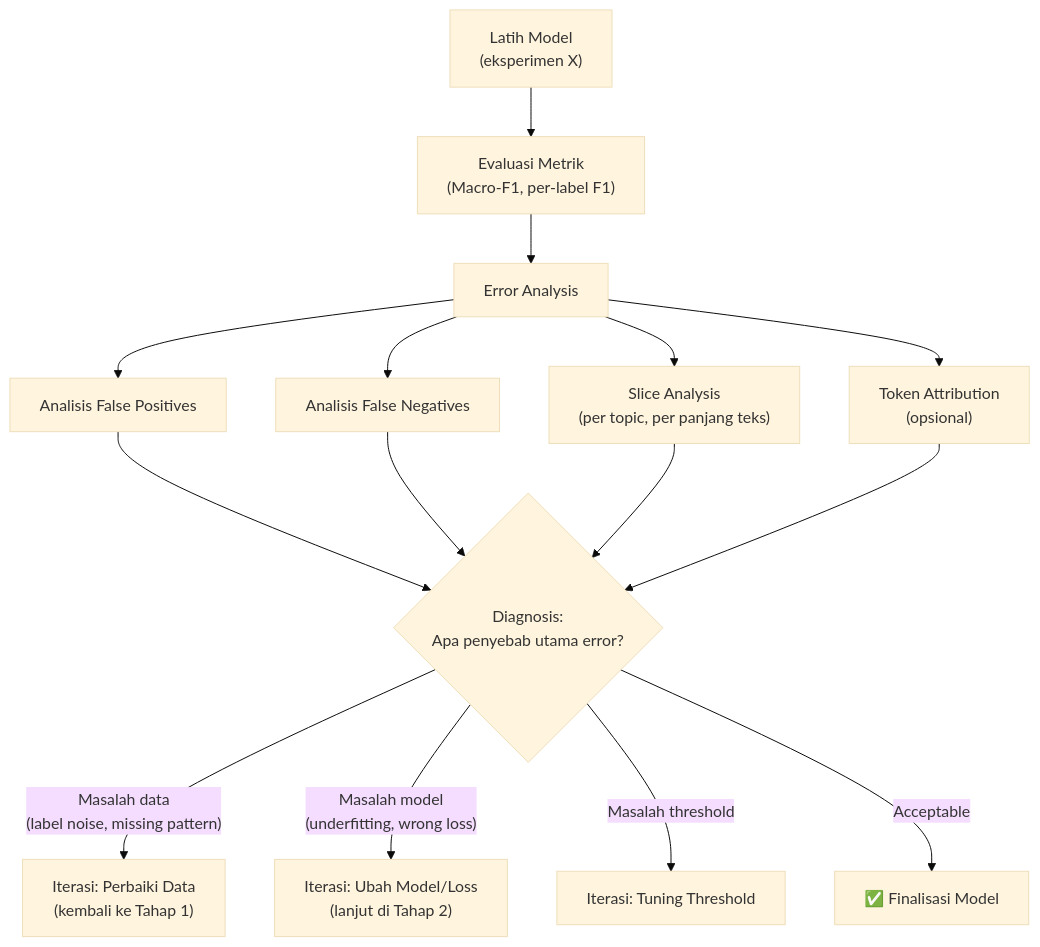
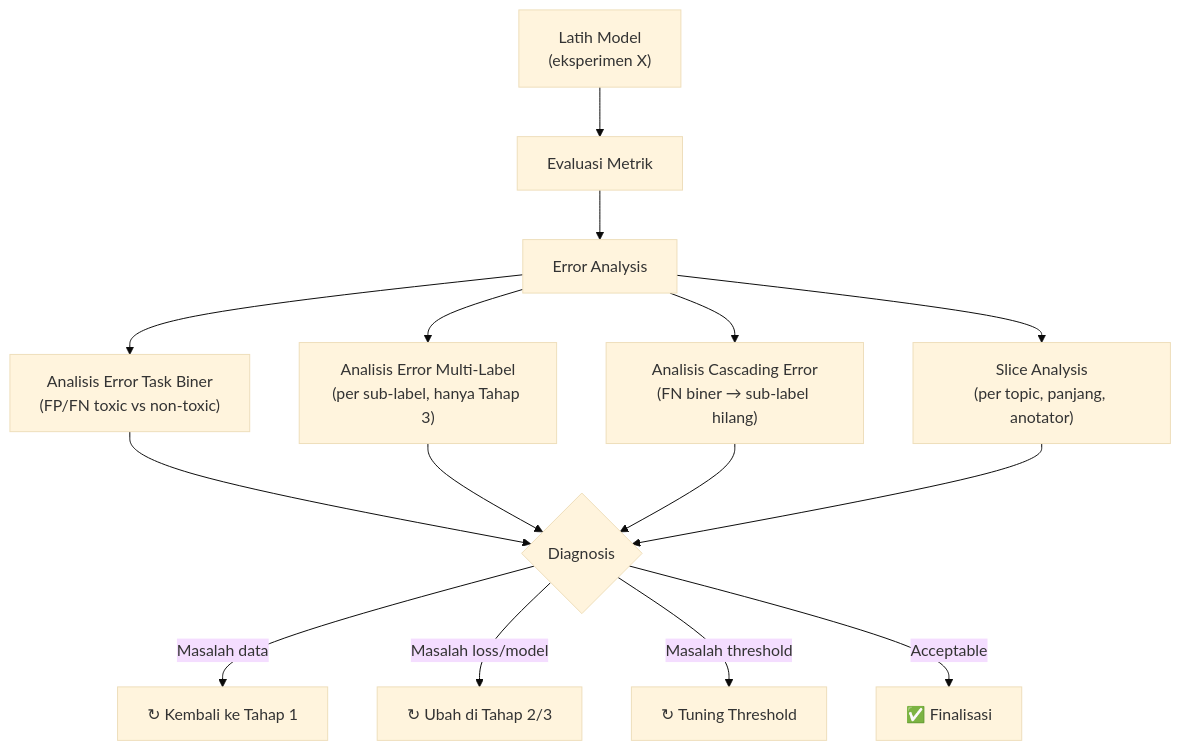
One commit to Arfiadi/hate-speech-analyzer changed the fourth of 4 diagrams in docs/design_experiment.md. Above: the diagram before and after it, drawn with Mermaid (base theme). The commit also changed other lines of this file, not shown here.

Commit message:
docs: update experiment design with 3-phase roadmap and scenario codes

````diff
--- a/docs/design_experiment.md
+++ b/docs/design_experiment.md
@@ -212,20 +309,20 @@
 ```mermaid
 flowchart TD
-    Train["Latih Model<br/>(eksperimen X)"] --> Eval["Evaluasi Metrik<br/>(Macro-F1, per-label F1)"]
+    Train["Latih Model<br/>(eksperimen X)"] --> Eval["Evaluasi Metrik"]
     Eval --> EA["Error Analysis"]
     
-    EA --> FP["Analisis False Positives"]
-    EA --> FN["Analisis False Negatives"]
-    EA --> Slice["Slice Analysis<br/>(per topic, per panjang teks)"]
-    EA --> Attr["Token Attribution<br/>(opsional)"]
+    EA --> BinErr["Analisis Error Task Biner<br/>(FP/FN toxic vs non-toxic)"]
+    EA --> MultiErr["Analisis Error Multi-Label<br/>(per sub-label, hanya Tahap 3)"]
+    EA --> Cascade["Analisis Cascading Error<br/>(FN biner → sub-label hilang)"]
+    EA --> Slice["Slice Analysis<br/>(per topic, panjang, anotator)"]
     
-    FP --> Diagnosis{"Diagnosis:<br/>Apa penyebab utama error?"}
-    FN --> Diagnosis
+    BinErr --> Diagnosis{"Diagnosis"}
+    MultiErr --> Diagnosis
+    Cascade --> Diagnosis
     Slice --> Diagnosis
-    Attr --> Diagnosis
     
-    Diagnosis -->|"Masalah data<br/>(label noise, missing pattern)"| FixData["Iterasi: Perbaiki Data<br/>(kembali ke Tahap 1)"]
-    Diagnosis -->|"Masalah model<br/>(underfitting, wrong loss)"| FixModel["Iterasi: Ubah Model/Loss<br/>(lanjut di Tahap 2)"]
-    Diagnosis -->|"Masalah threshold"| FixThresh["Iterasi: Tuning Threshold"]
-    Diagnosis -->|"Acceptable"| Done["✅ Finalisasi Model"]
+    Diagnosis -->|"Masalah data"| FixData["↻ Kembali ke Tahap 1"]
+    Diagnosis -->|"Masalah loss/model"| FixModel["↻ Ubah di Tahap 2/3"]
+    Diagnosis -->|"Masalah threshold"| FixThresh["↻ Tuning Threshold"]
+    Diagnosis -->|"Acceptable"| Done["✅ Finalisasi"]
 ```
````
